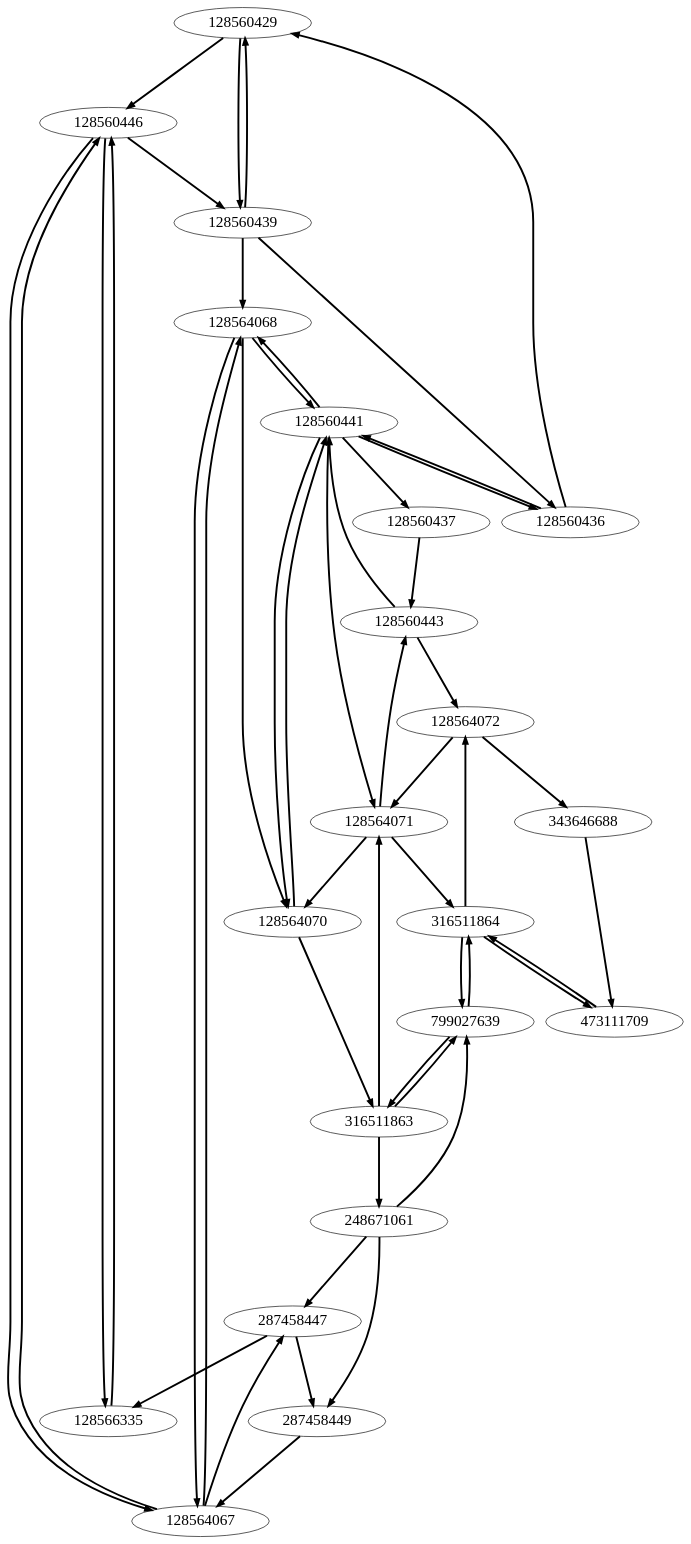
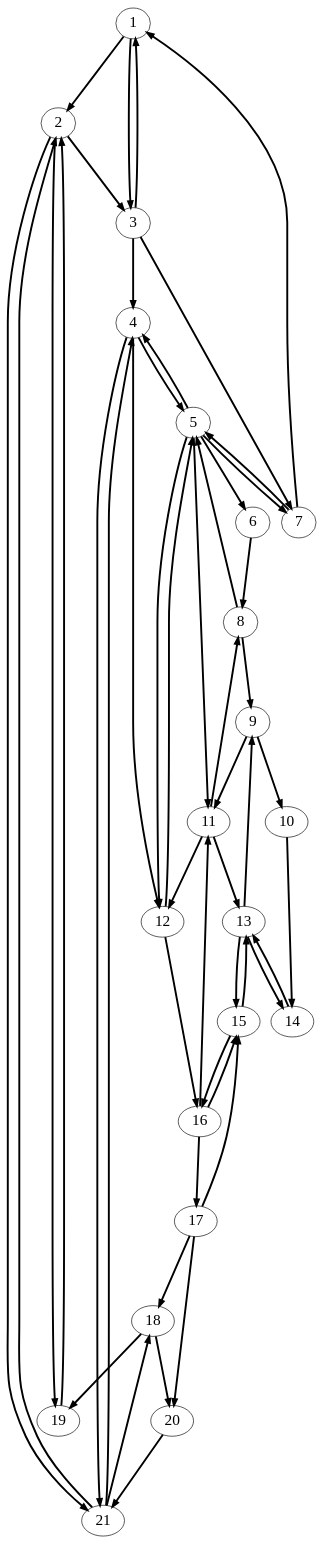
Before and after one commit to bitorhugo/siu: the diagram in data/graphviz/map.dot, drawn with Graphviz. The commit also changed 8 other files, not shown here.

```diff
--- a/data/graphviz/map.dot
+++ b/data/graphviz/map.dot
@@ -1,56 +1,56 @@
 digraph G {
   graph [fontsize=24]
   edge [fontsize=24]
   node [fontsize=24]
   ranksep = 1.5
   nodesep = .25
   edge [style="setlinewidth(3)"]
-    128560429->128560446
-    128560429->128560439
-    128560436->128560429
-    128560436->128560441
-    128560437->128560443
-    128560439->128564068
-    128560439->128560429
-    128560439->128560436
-    128560441->128564071
-    128560441->128560437
-    128560441->128560436
-    128560441->128564070
-    128560441->128564068
-    128560443->128564072
-    128560443->128560441
-    128560446->128560439
-    128560446->128564067
-    128560446->128566335
-    128564067->128560446
-    128564067->128564068
-    128564067->287458447
-    128564068->128564067
-    128564068->128560441
-    128564068->128564070
-    128564070->128560441
-    128564070->316511863
-    128564071->128560443
-    128564071->316511864
-    128564071->128564070
-    128564072->128564071
-    128564072->343646688
-    128566335->128560446
-    287458447->128566335
-    287458447->287458449
-    287458449->128564067
-    316511863->248671061
-    316511863->128564071
-    316511863->799027639
-    316511864->128564072
-    316511864->473111709
-    316511864->799027639
-    343646688->473111709
-    248671061->287458447
-    248671061->287458449
-    248671061->799027639
-    473111709->316511864
-    799027639->316511864
-    799027639->316511863
+     1->2
+     1->3
+    7-> 1
+    7->5
+    6->8
+    3->4
+    3-> 1
+    3->7
+    5->11
+    5->6
+    5->7
+    5->12
+    5->4
+    8->9
+    8->5
+    2->3
+    2->21
+    2->19
+    21->2
+    21->4
+    21->18
+    4->21
+    4->5
+    4->12
+    12->5
+    12->16
+    11->8
+    11->13
+    11->12
+    9->11
+    9->10
+    19->2
+    18->19
+    18->20
+    20->21
+    16->17
+    16->11
+    16->15
+    13->9
+    13->14
+    13->15
+    10->14
+    17->18
+    17->20
+    17->15
+    14->13
+    15->13
+    15->16
 }   
```
